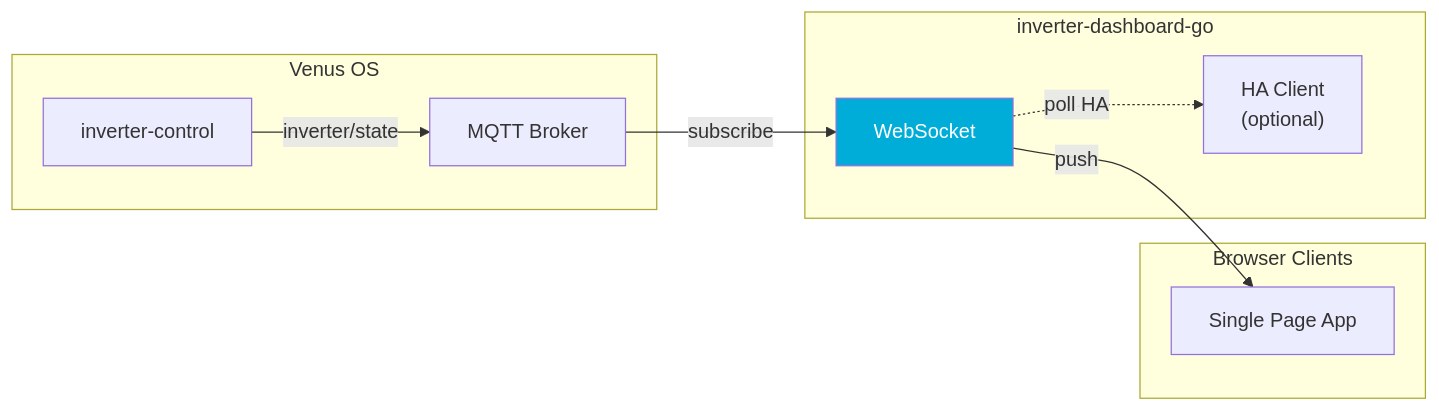
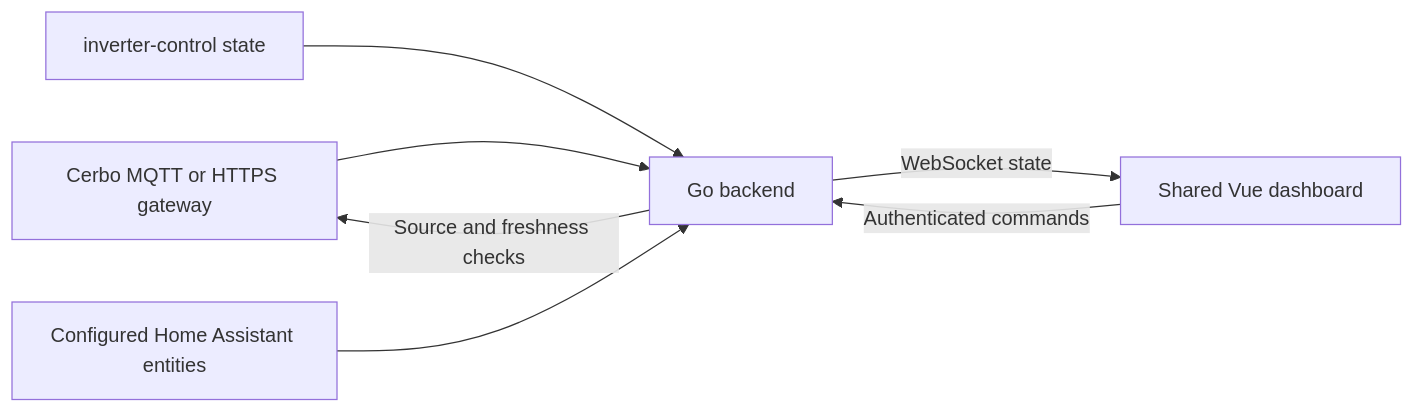
Before and after one commit to victron-venus/inverter-dashboard-go: the diagram in .github/docs/system-architecture.md, drawn with Mermaid. The commit also changed other lines of this file, not shown here.

Commit message:
docs: replace obsolete architecture and deployment notes

````diff
--- a/.github/docs/system-architecture.md
+++ b/.github/docs/system-architecture.md
@@ -5,23 +7,9 @@
 ```mermaid
 flowchart LR
-    subgraph Venus["Venus OS"]
-        MQTT["MQTT Broker"]
-        INV["inverter-control"]
-    end
-
-    subgraph Dashboard["inverter-dashboard-go"]
-        WS["WebSocket"]
-        API["HA Client\n(optional)"]
-    end
-
-    subgraph Client["Browser Clients"]
-        UI["Single Page App"]
-    end
-
-    INV -->|"inverter/state"| MQTT
-    MQTT -->|"subscribe"| WS
-    WS -->|"push"| UI
-    WS -.->|"poll HA"| API
-
-    style WS fill:#00ADD8,color:#fff
+    Native["Cerbo MQTT or HTTPS gateway"] --> Backend["Go backend"]
+    Controller["inverter-control state"] --> Backend
+    HA["Configured Home Assistant entities"] --> Backend
+    Backend -->|"WebSocket state"| Browser["Shared Vue dashboard"]
+    Browser -->|"Authenticated commands"| Backend
+    Backend -->|"Source and freshness checks"| Native
 ```
````
